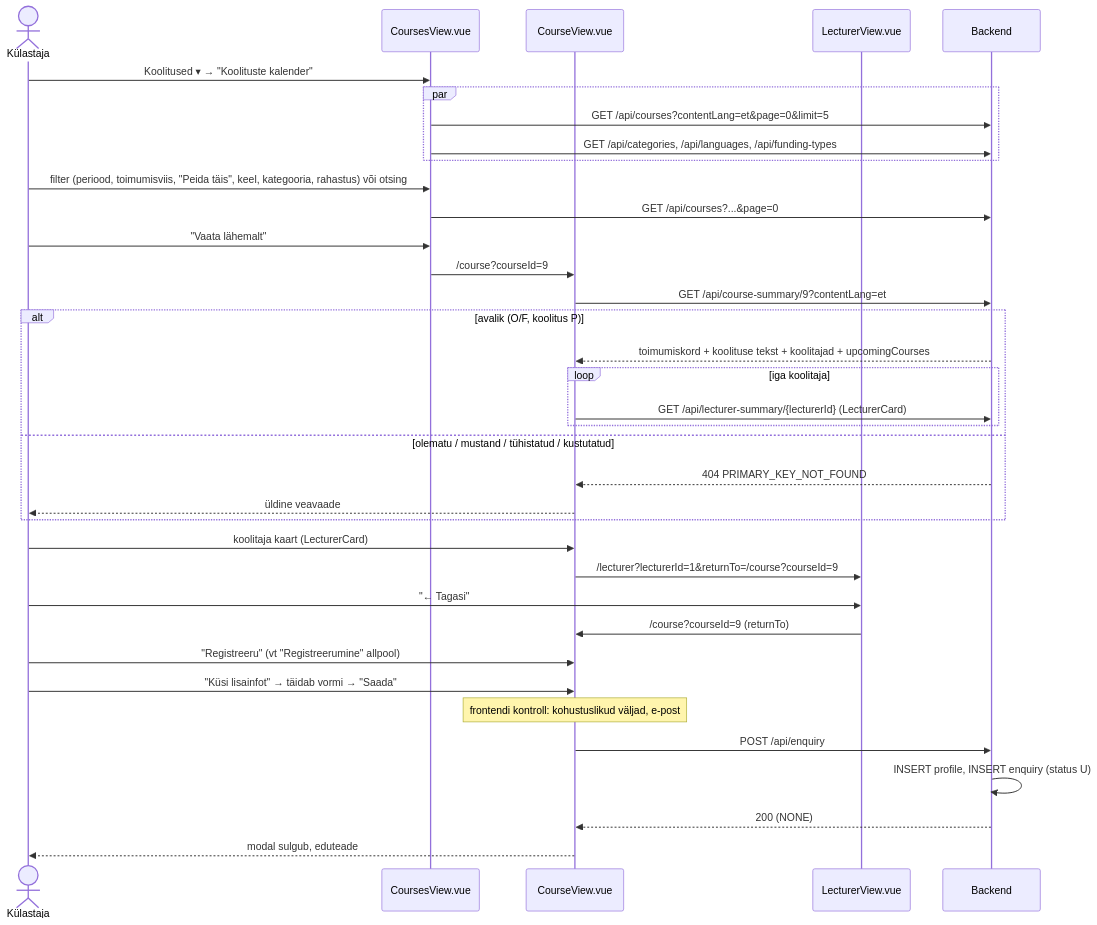
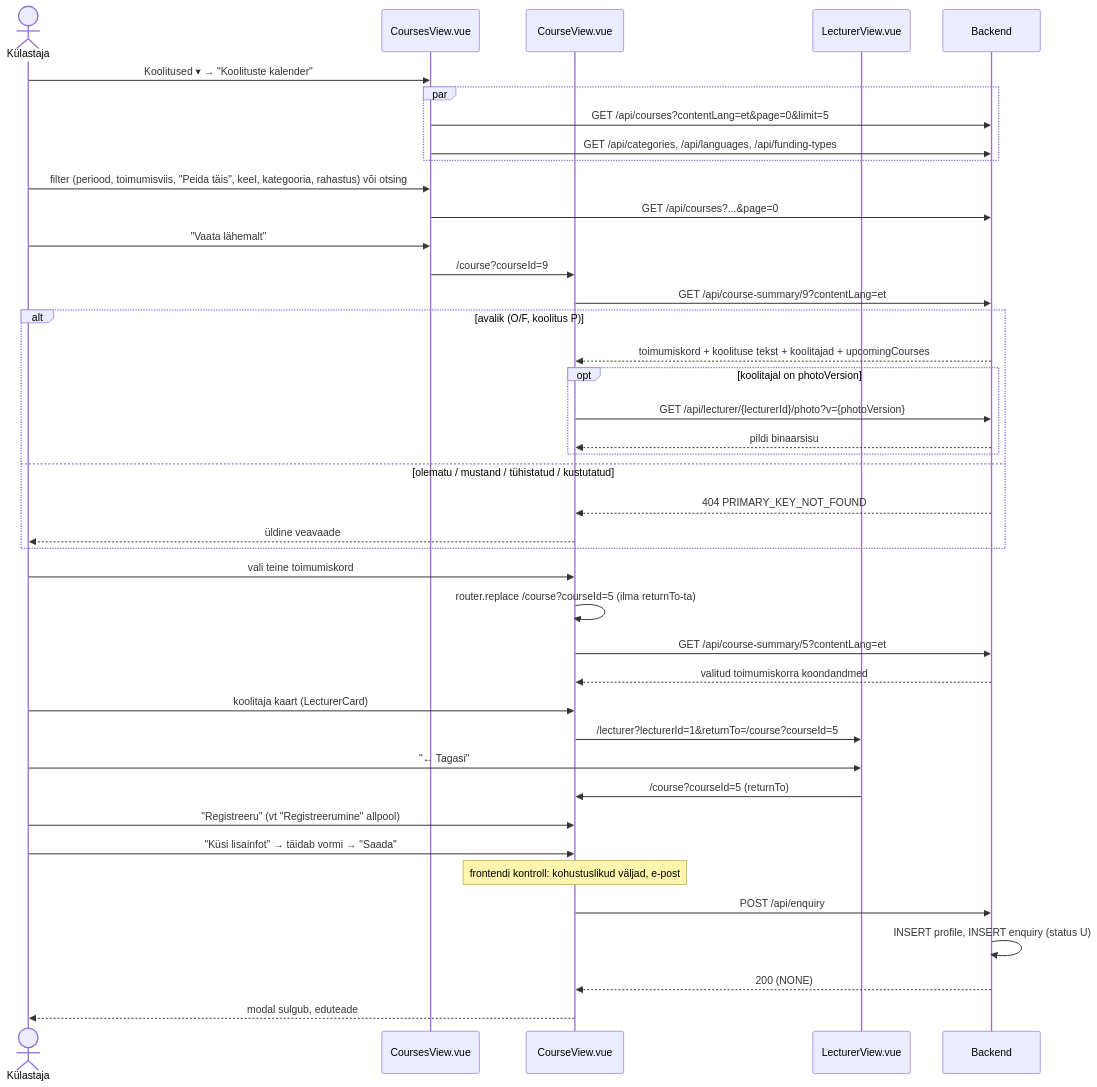
Before and after one commit to FredLehing/bcs-koolitused: the third of 5 diagrams in docs/mock-wireframe/loo-mock-vaade/courses-view/courses-view-skeemid.md, drawn with Mermaid. The commit also changed other lines of this file and 43 other files, not shown here.

````diff
--- a/docs/mock-wireframe/loo-mock-vaade/courses-view/courses-view-skeemid.md
+++ b/docs/mock-wireframe/loo-mock-vaade/courses-view/courses-view-skeemid.md
@@ -409,39 +409,44 @@
 ```mermaid
 sequenceDiagram
     actor K as Külastaja
     participant List as CoursesView.vue
     participant Page as CourseView.vue
     participant Lect as LecturerView.vue
     participant BE as Backend
 
     K->>List: Koolitused ▾ → "Koolituste kalender"
     par
         List->>BE: GET /api/courses?contentLang=et&page=0&limit=5
         List->>BE: GET /api/categories, /api/languages, /api/funding-types
     end
     K->>List: filter (periood, toimumisviis, "Peida täis", keel, kategooria, rahastus) või otsing
     List->>BE: GET /api/courses?...&page=0
     K->>List: "Vaata lähemalt"
     List->>Page: /course?courseId=9
     Page->>BE: GET /api/course-summary/9?contentLang=et
     alt avalik (O/F, koolitus P)
         BE-->>Page: toimumiskord + koolituse tekst + koolitajad + upcomingCourses
-        loop iga koolitaja
-            Page->>BE: GET /api/lecturer-summary/{lecturerId} (LecturerCard)
+        opt koolitajal on photoVersion
+            Page->>BE: GET /api/lecturer/{lecturerId}/photo?v={photoVersion}
+            BE-->>Page: pildi binaarsisu
         end
     else olematu / mustand / tühistatud / kustutatud
         BE-->>Page: 404 PRIMARY_KEY_NOT_FOUND
         Page-->>K: üldine veavaade
     end
+    K->>Page: vali teine toimumiskord
+    Page->>Page: router.replace /course?courseId=5 (ilma returnTo-ta)
+    Page->>BE: GET /api/course-summary/5?contentLang=et
+    BE-->>Page: valitud toimumiskorra koondandmed
     K->>Page: koolitaja kaart (LecturerCard)
-    Page->>Lect: /lecturer?lecturerId=1&returnTo=/course?courseId=9
+    Page->>Lect: /lecturer?lecturerId=1&returnTo=/course?courseId=5
     K->>Lect: "← Tagasi"
-    Lect->>Page: /course?courseId=9 (returnTo)
+    Lect->>Page: /course?courseId=5 (returnTo)
     K->>Page: "Registreeru" (vt "Registreerumine" allpool)
     K->>Page: "Küsi lisainfot" → täidab vormi → "Saada"
     Note over Page: frontendi kontroll: kohustuslikud väljad, e-post
     Page->>BE: POST /api/enquiry
     BE->>BE: INSERT profile, INSERT enquiry (status U)
     BE-->>Page: 200 (NONE)
     Page-->>K: modal sulgub, eduteade
 ```
````
